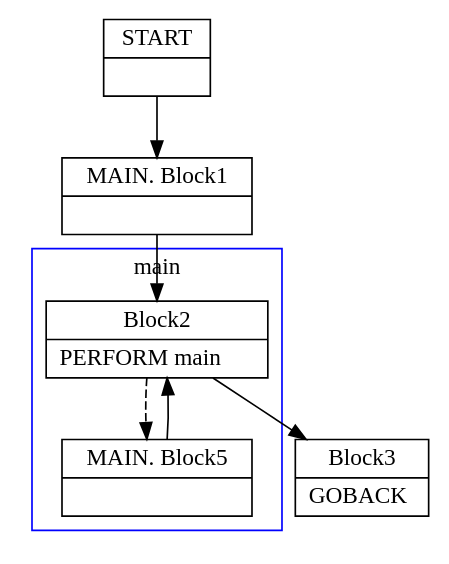
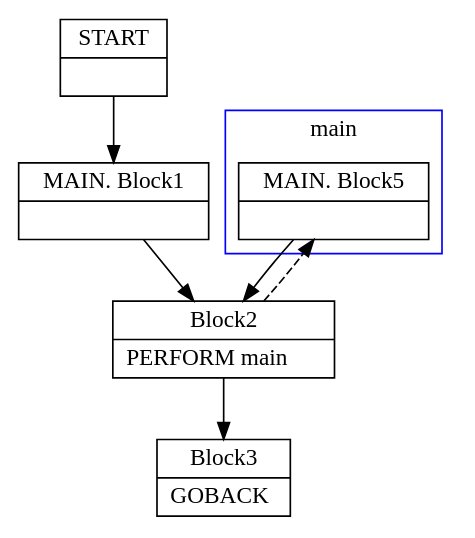
The diagram in TypeCobol.Analysis.Test/BasicCfgInstrs/PerformIdentity.dot (TypeCobolTeam/TypeCobol), drawn with Graphviz before and after one commit. The commit also changed other lines of this file and 32 other files, not shown here.

```diff
--- a/TypeCobol.Analysis.Test/BasicCfgInstrs/PerformIdentity.dot
+++ b/TypeCobol.Analysis.Test/BasicCfgInstrs/PerformIdentity.dot
@@ -1,37 +1,37 @@
 digraph Cfg {
 compound=true;
 node [
 shape = "record"
 ]
 
 edge [
 arrowtail = "empty"
 ]
 Block0 [
 label = "{START|}"
 ]
 Block1 [
 label = "{MAIN. Block1|}"
 ]
 Block2 [
 label = "{Block2|    PERFORM main\l}"
 ]
 subgraph cluster_1{
 color = blue;
 label = "main";
 Block5 [
 label = "{MAIN. Block5|}"
 ]
-Block5 -> Block2
 
 }
 Block2 -> Block5 [style=dashed]
 
 Block3 [
 label = "{Block3|    GOBACK\l}"
 ]
 Block0 -> Block1
 Block1 -> Block2
+Block5 -> Block2
 Block2 -> Block3
 
 }
```
